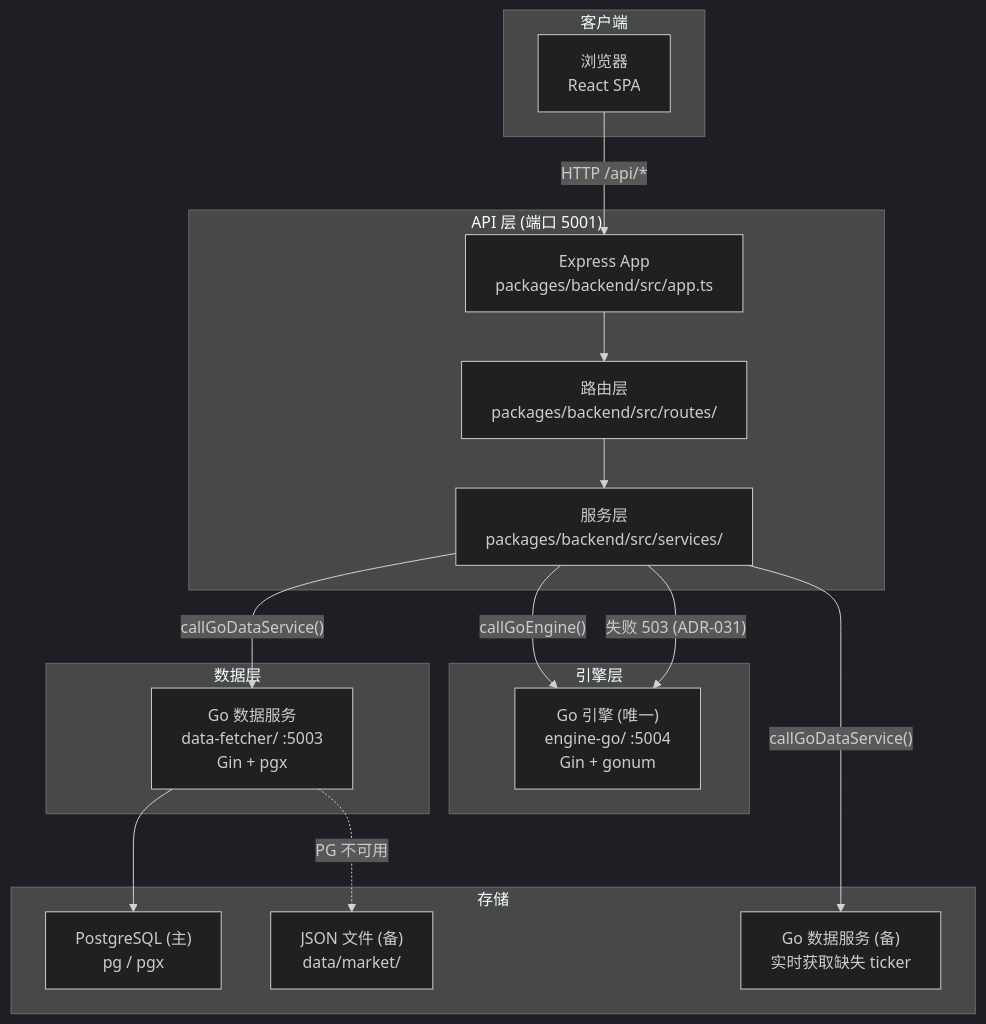
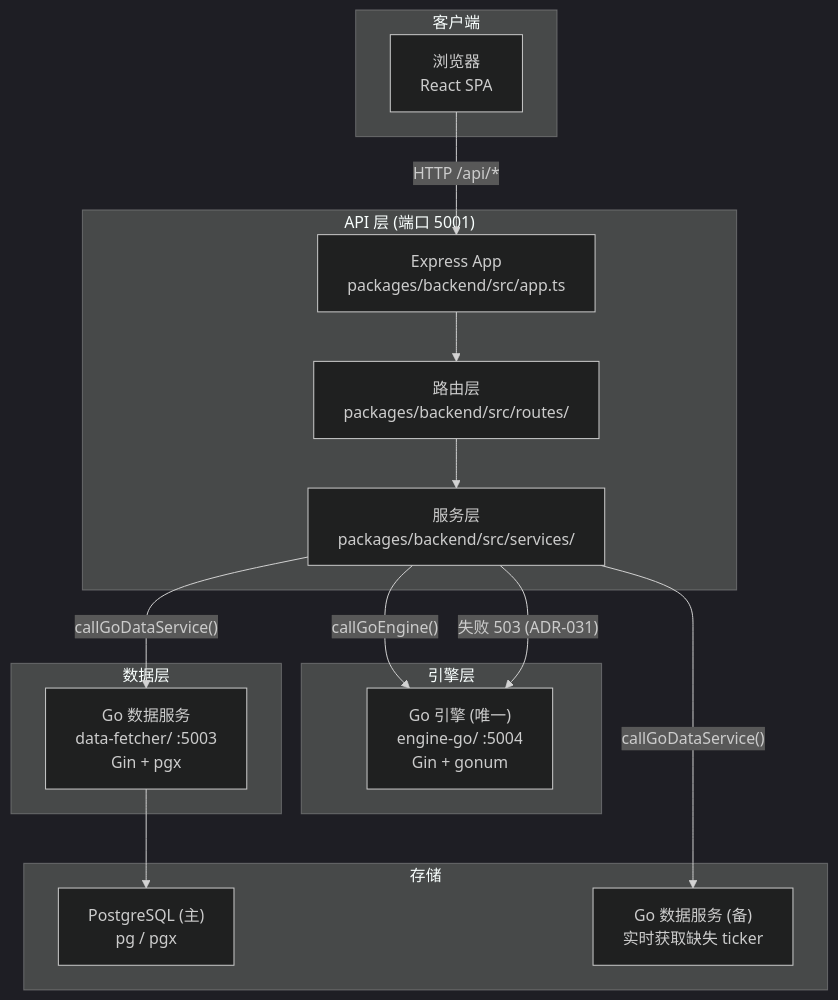
Before and after one commit to FCFColin/backtest-platform: the diagram in docs/ARCHITECTURE.md, drawn with Mermaid (dark theme). The commit also changed other lines of this file and 10 other files, not shown here.

````diff
--- a/docs/ARCHITECTURE.md
+++ b/docs/ARCHITECTURE.md
@@ -10,35 +10,33 @@
 ```mermaid
 flowchart TB
     subgraph Client["客户端"]
         UI["浏览器<br/>React SPA"]
     end
 
     subgraph APILayer["API 层 (端口 5001)"]
         APP["Express App<br/>packages/backend/src/app.ts"]
         ROUTES["路由层<br/>packages/backend/src/routes/"]
         SERVICES["服务层<br/>packages/backend/src/services/"]
     end
 
     subgraph EngineLayer["引擎层"]
         GO_ENG["Go 引擎 (唯一)<br/>engine-go/ :5004<br/>Gin + gonum"]
     end
 
     subgraph DataLayer["数据层"]
         GO_DATA["Go 数据服务<br/>data-fetcher/ :5003<br/>Gin + pgx"]
     end
 
     subgraph Storage["存储"]
         PG["PostgreSQL (主)<br/>pg / pgx"]
-        JSON["JSON 文件 (备)<br/>data/market/"]
         GO_DATA_FALLBACK["Go 数据服务 (备)<br/>实时获取缺失 ticker"]
     end
 
     UI -->|"HTTP /api/*"| APP
     APP --> ROUTES --> SERVICES
     SERVICES -->|"callGoEngine()"| GO_ENG
     SERVICES -->|"失败 503 (ADR-031)"| GO_ENG
     SERVICES -->|"callGoDataService()"| GO_DATA
     SERVICES -->|"callGoDataService()"| GO_DATA_FALLBACK
     GO_DATA --> PG
-    GO_DATA -.->|"PG 不可用"| JSON
 ```
````
